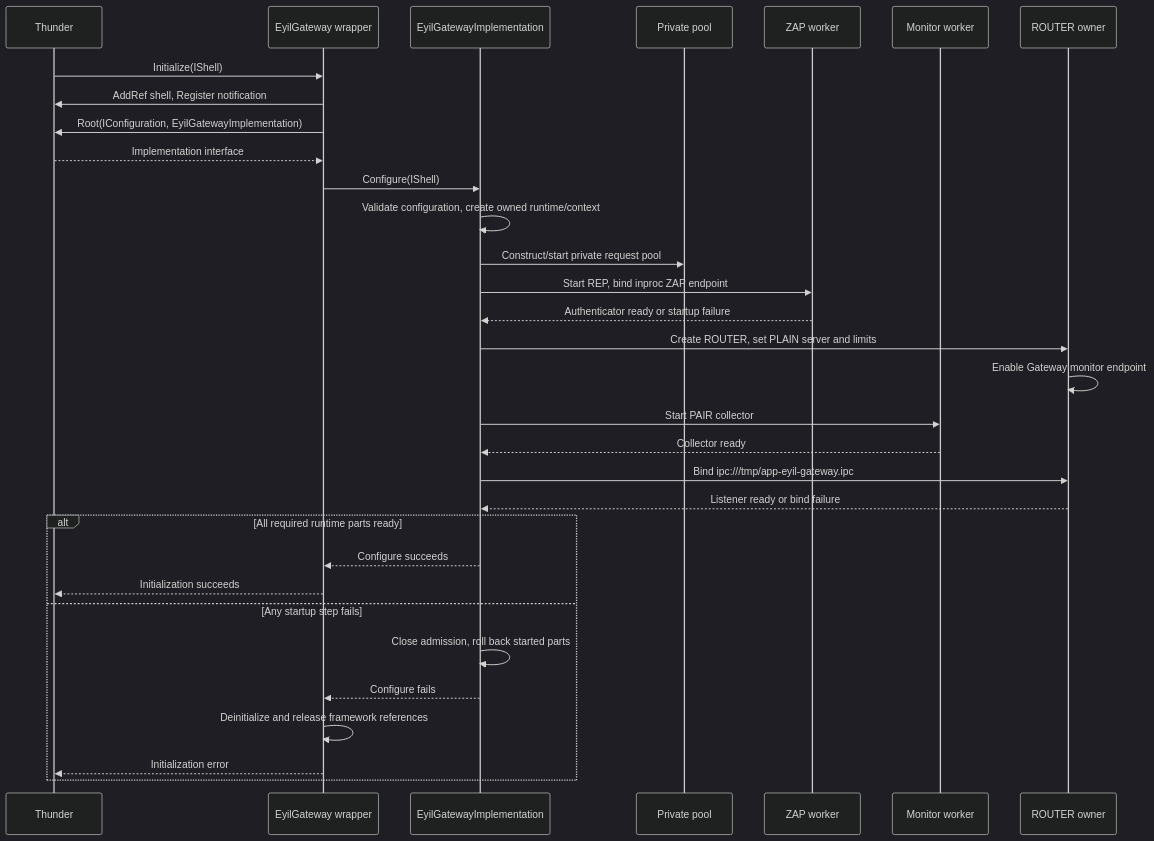
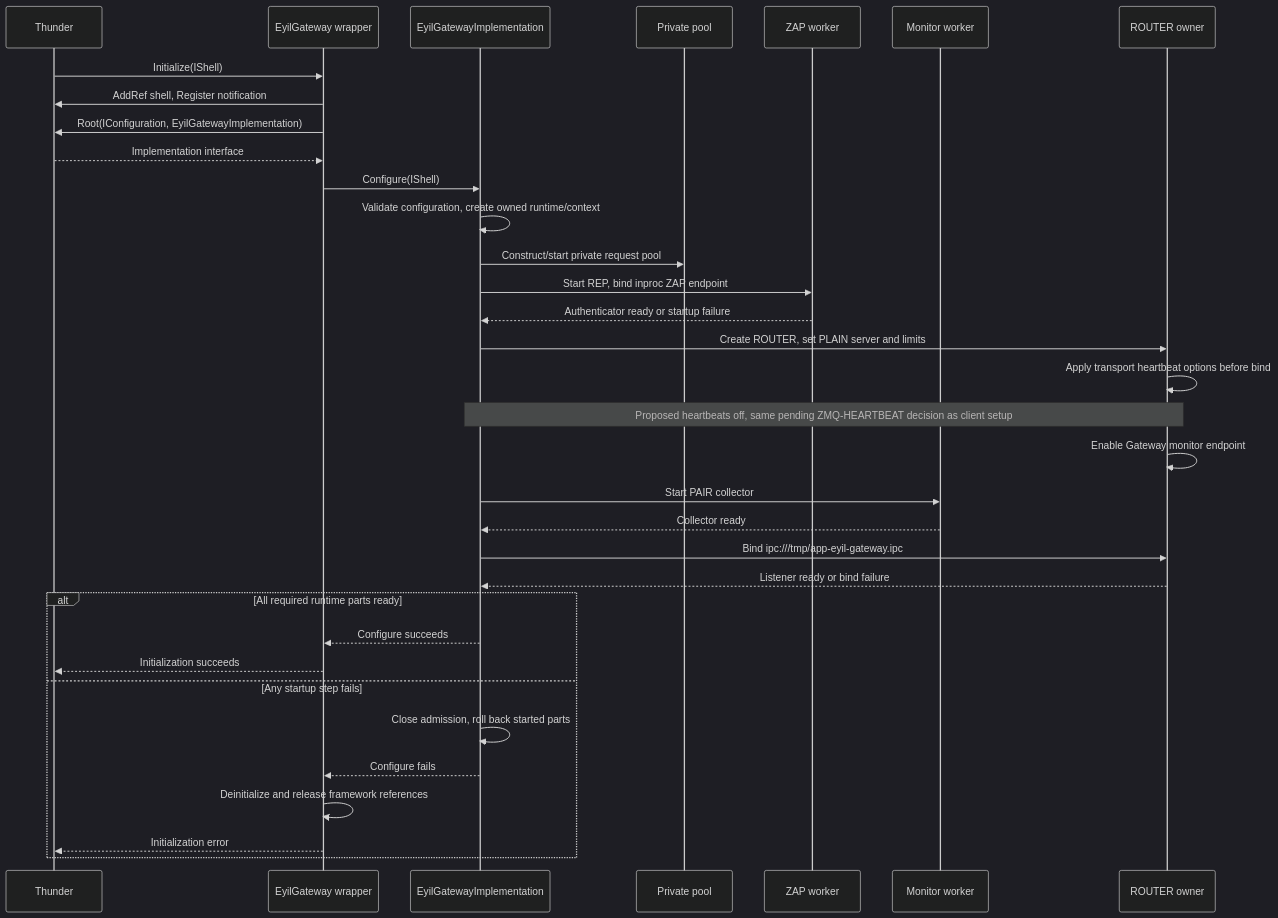
One commit to rdkcentral/eyil-secure-gateway changed diagram 15 of 29 in doc/EyilSecureGateway.md. Above: the diagram before and after it, drawn with Mermaid (dark theme). The commit also changed other lines of this file, not shown here.

````diff
--- a/doc/EyilSecureGateway.md
+++ b/doc/EyilSecureGateway.md
@@ -1001,34 +1904,36 @@
 ```mermaid
 sequenceDiagram
     participant T as Thunder
     participant P as EyilGateway wrapper
     participant I as EyilGatewayImplementation
     participant W as Private pool
     participant Z as ZAP worker
     participant M as Monitor worker
     participant R as ROUTER owner
     T->>P: Initialize(IShell)
     P->>T: AddRef shell, Register notification
     P->>T: Root(IConfiguration, EyilGatewayImplementation)
     T-->>P: Implementation interface
     P->>I: Configure(IShell)
     I->>I: Validate configuration, create owned runtime/context
     I->>W: Construct/start private request pool
     I->>Z: Start REP, bind inproc ZAP endpoint
     Z-->>I: Authenticator ready or startup failure
     I->>R: Create ROUTER, set PLAIN server and limits
+    R->>R: Apply transport heartbeat options before bind
+    Note over I,R: Proposed heartbeats off, same pending ZMQ-HEARTBEAT decision as client setup
     R->>R: Enable Gateway monitor endpoint
     I->>M: Start PAIR collector
     M-->>I: Collector ready
     I->>R: Bind ipc:///tmp/app-eyil-gateway.ipc
     R-->>I: Listener ready or bind failure
     alt All required runtime parts ready
         I-->>P: Configure succeeds
         P-->>T: Initialization succeeds
     else Any startup step fails
         I->>I: Close admission, roll back started parts
         I-->>P: Configure fails
         P->>P: Deinitialize and release framework references
         P-->>T: Initialization error
     end
 ```
````
